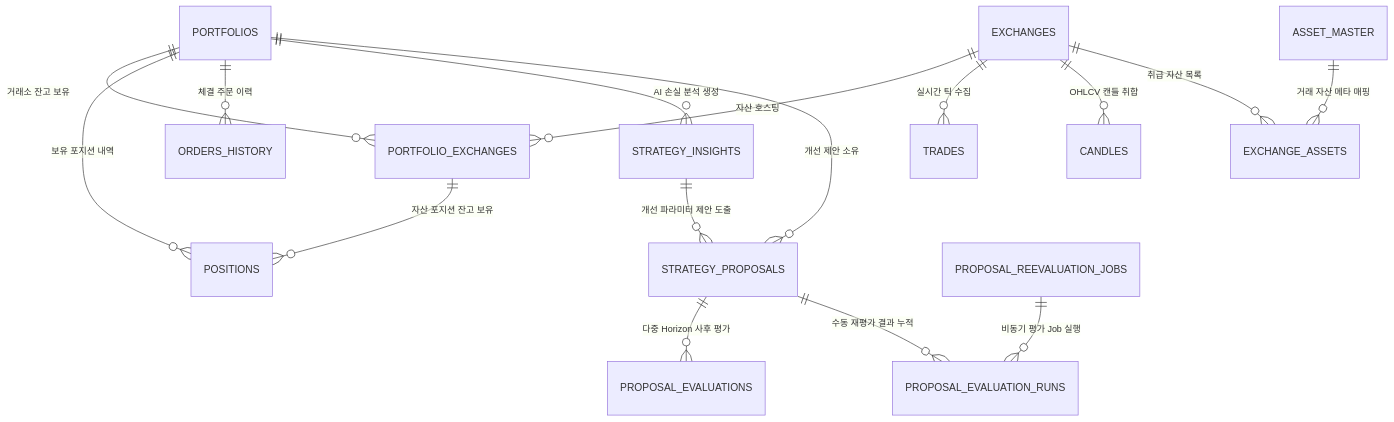
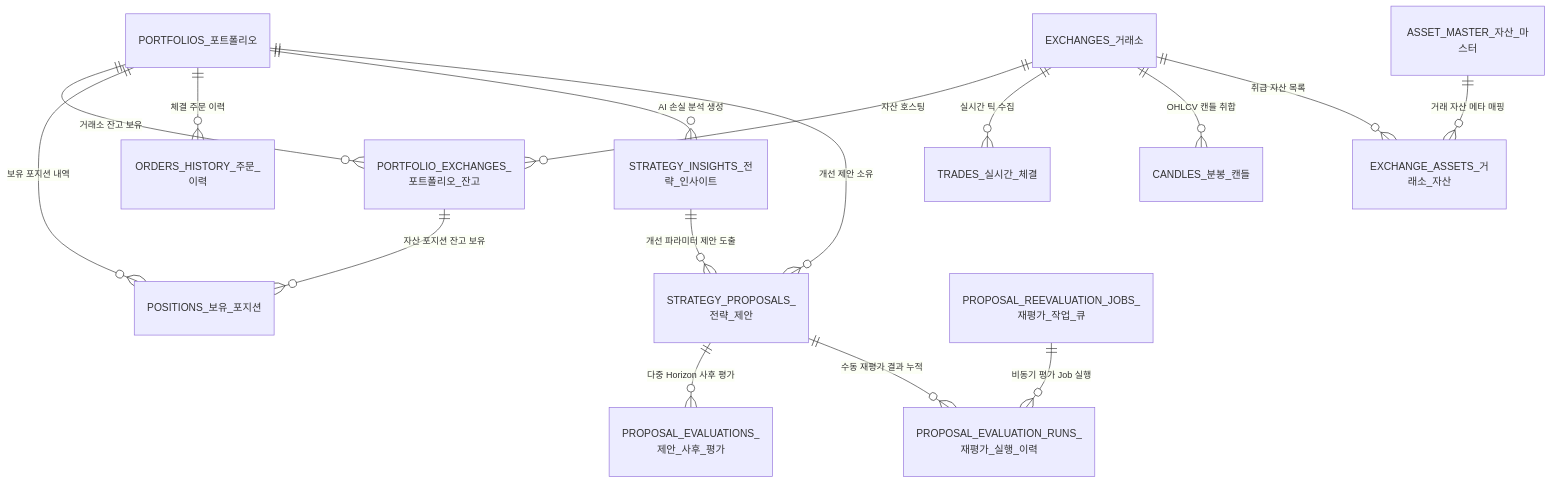
Before and after one commit to yslsoft-ui/ATS: the first of 5 diagrams in docs/erd-specification.md, drawn with Mermaid. The commit also changed other lines of this file, not shown here.

Commit message:
docs: ERD 명세서 내 Mermaid 다이어그램에 한글 논리명 식별자 병기

````diff
--- a/docs/erd-specification.md
+++ b/docs/erd-specification.md
@@ -41,23 +41,23 @@
 ```mermaid
 erDiagram
-    PORTFOLIOS ||--o{ PORTFOLIO_EXCHANGES : "거래소 잔고 보유"
-    PORTFOLIOS ||--o{ POSITIONS : "보유 포지션 내역"
-    PORTFOLIOS ||--o{ ORDERS_HISTORY : "체결 주문 이력"
-    PORTFOLIOS ||--o{ STRATEGY_INSIGHTS : "AI 손실 분석 생성"
-    PORTFOLIOS ||--o{ STRATEGY_PROPOSALS : "개선 제안 소유"
+    PORTFOLIOS_포트폴리오 ||--o{ PORTFOLIO_EXCHANGES_포트폴리오_잔고 : "거래소 잔고 보유"
+    PORTFOLIOS_포트폴리오 ||--o{ POSITIONS_보유_포지션 : "보유 포지션 내역"
+    PORTFOLIOS_포트폴리오 ||--o{ ORDERS_HISTORY_주문_이력 : "체결 주문 이력"
+    PORTFOLIOS_포트폴리오 ||--o{ STRATEGY_INSIGHTS_전략_인사이트 : "AI 손실 분석 생성"
+    PORTFOLIOS_포트폴리오 ||--o{ STRATEGY_PROPOSALS_전략_제안 : "개선 제안 소유"
 
-    EXCHANGES ||--o{ PORTFOLIO_EXCHANGES : "자산 호스팅"
-    EXCHANGES ||--o{ TRADES : "실시간 틱 수집"
-    EXCHANGES ||--o{ CANDLES : "OHLCV 캔들 취합"
-    EXCHANGES ||--o{ EXCHANGE_ASSETS : "취급 자산 목록"
+    EXCHANGES_거래소 ||--o{ PORTFOLIO_EXCHANGES_포트폴리오_잔고 : "자산 호스팅"
+    EXCHANGES_거래소 ||--o{ TRADES_실시간_체결 : "실시간 틱 수집"
+    EXCHANGES_거래소 ||--o{ CANDLES_분봉_캔들 : "OHLCV 캔들 취합"
+    EXCHANGES_거래소 ||--o{ EXCHANGE_ASSETS_거래소_자산 : "취급 자산 목록"
     
-    PORTFOLIO_EXCHANGES ||--o{ POSITIONS : "자산 포지션 잔고 보유"
+    PORTFOLIO_EXCHANGES_포트폴리오_잔고 ||--o{ POSITIONS_보유_포지션 : "자산 포지션 잔고 보유"
     
-    ASSET_MASTER ||--o{ EXCHANGE_ASSETS : "거래 자산 메타 매핑"
+    ASSET_MASTER_자산_마스터 ||--o{ EXCHANGE_ASSETS_거래소_자산 : "거래 자산 메타 매핑"
     
-    STRATEGY_INSIGHTS ||--o{ STRATEGY_PROPOSALS : "개선 파라미터 제안 도출"
-    STRATEGY_PROPOSALS ||--o{ PROPOSAL_EVALUATIONS : "다중 Horizon 사후 평가"
-    STRATEGY_PROPOSALS ||--o{ PROPOSAL_EVALUATION_RUNS : "수동 재평가 결과 누적"
+    STRATEGY_INSIGHTS_전략_인사이트 ||--o{ STRATEGY_PROPOSALS_전략_제안 : "개선 파라미터 제안 도출"
+    STRATEGY_PROPOSALS_전략_제안 ||--o{ PROPOSAL_EVALUATIONS_제안_사후_평가 : "다중 Horizon 사후 평가"
+    STRATEGY_PROPOSALS_전략_제안 ||--o{ PROPOSAL_EVALUATION_RUNS_재평가_실행_이력 : "수동 재평가 결과 누적"
     
-    PROPOSAL_REEVALUATION_JOBS ||--o{ PROPOSAL_EVALUATION_RUNS : "비동기 평가 Job 실행"
+    PROPOSAL_REEVALUATION_JOBS_재평가_작업_큐 ||--o{ PROPOSAL_EVALUATION_RUNS_재평가_실행_이력 : "비동기 평가 Job 실행"
 ```
````
